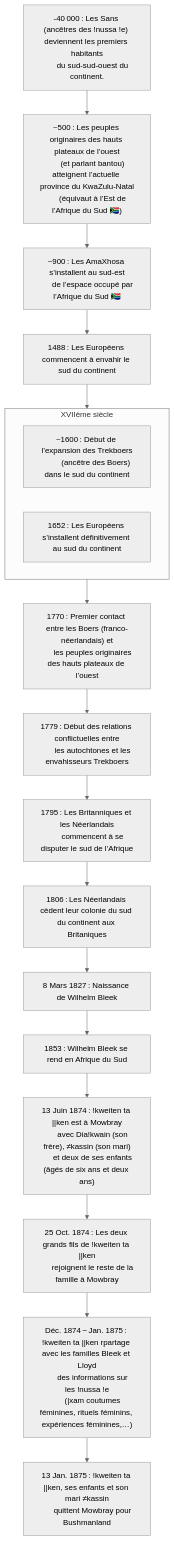
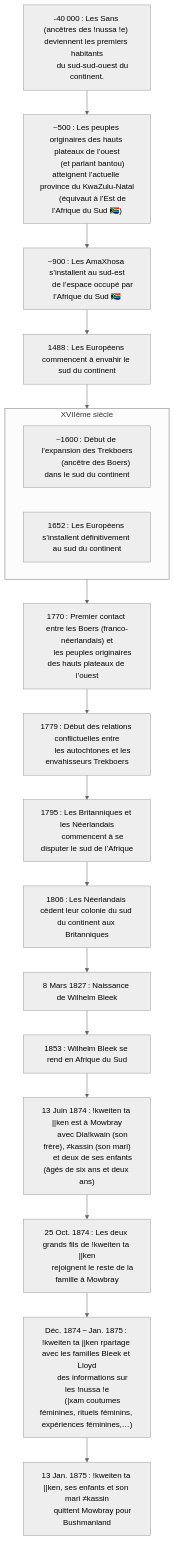
The diagram in en-cours/personnalite/femme/chasseuse-ceuilleuse/rachel.md (ba-moun/Ba-Moun-Save), drawn with Mermaid (neutral theme) before and after one commit. The commit also changed other lines of this file, not shown here.

Commit message:
docs: update en-cours/personnalite/femme/chasseuse-ceuilleuse/rachel

````diff
--- a/en-cours/personnalite/femme/chasseuse-ceuilleuse/rachel.md
+++ b/en-cours/personnalite/femme/chasseuse-ceuilleuse/rachel.md
@@ -28,59 +28,59 @@
 ```mermaid
 flowchart TB
    
    Khoïsan["-40 000 : Les Sans (ancêtres des !nussa !e) deviennent les premiers habitants
       du sud-sud-ouest du continent."]
    
    grassland["~500 : Les peuples originaires des hauts plateaux de l’ouest
       (et parlant bantou) atteignent l’actuelle province du KwaZulu-Natal
       (équivaut à l’Est de l’Afrique du Sud 🇿🇦)"]
    
    amaXhosa["~900 : Les AmaXhosa s’installent au sud-est
       de l’espace occupé par l’Afrique du Sud 🇿🇦"]
    
    europeanInvasion["1488 : Les Européens commencent à envahir le sud du continent"]
    
    subgraph 17thCentury["XVIIème siècle"]
       boersExpantion["~1600 : Début de l’expansion des Trekboers
          (ancêtre des Boers) dans le sud du continent"]
       
       europeanInvasionNextStep["1652 : Les Européens s’installent définitivement au sud du continent"]
    end
    
    boersArrive["1770 : Premier contact entre les Boers (franco-néerlandais) et
       les peuples originaires des hauts plateaux de l’ouest"]
    
    boersConflict["1779 : Début des relations conflictuelles entre
       les autochtones et les envahisseurs Trekboers"]
       
    europeanFightInZABegin["1795 : Les Britanniques et les Néerlandais
       commencent à se disputer le sud de l’Afrique"]
    
 
-   europeanFightInZAEnd["1806 : Les Néerlandais cèdent leur colonie du sud du continent aux Britaniques"]
+   europeanFightInZAEnd["1806 : Les Néerlandais cèdent leur colonie du sud du continent aux Britanniques"]
                
    wilhelmBleekbirth["8 Mars 1827 : Naissance de Wilhelm Bleek"]
                
    wBleekInZA["1853 : Wilhelm Bleek se rend en Afrique du Sud"]
       
    kweitenTaKenInMowbray["13 Juin 1874 : !kweiten ta ||ken est à Mowbray
       avec Dia!kwain (son frère), ≠kassin (son mari)
       et deux de ses enfants (âgés de six ans et deux ans)"]
                
    kTKOlderSons["25 Oct. 1874 : Les deux grands fils de !kweiten ta ||ken
       rejoignent le reste de la famille à Mowbray"]
    
    kTKInformator["Déc. 1874 − Jan. 1875 : !kweiten ta ||ken rpartage avec les familles Bleek et Lloyd
       des informations sur les !nussa !e
       (|xam coutumes féminines, rituels féminins, expériences féminines,…)"]
       
    kTKLittleFamilyLeaveMowbray["13 Jan. 1875 : !kweiten ta ||ken, ses enfants et son mari ≠kassin
       quittent Mowbray pour Bushmanland"]
    
    Khoïsan --> grassland --> amaXhosa --> europeanInvasion -->
    17thCentury --> boersArrive --> boersConflict --> 
    europeanFightInZABegin --> europeanFightInZAEnd -->
    wilhelmBleekbirth --> wBleekInZA --> kweitenTaKenInMowbray -->
    kTKOlderSons --> kTKInformator --> kTKLittleFamilyLeaveMowbray
    
 ```
````
